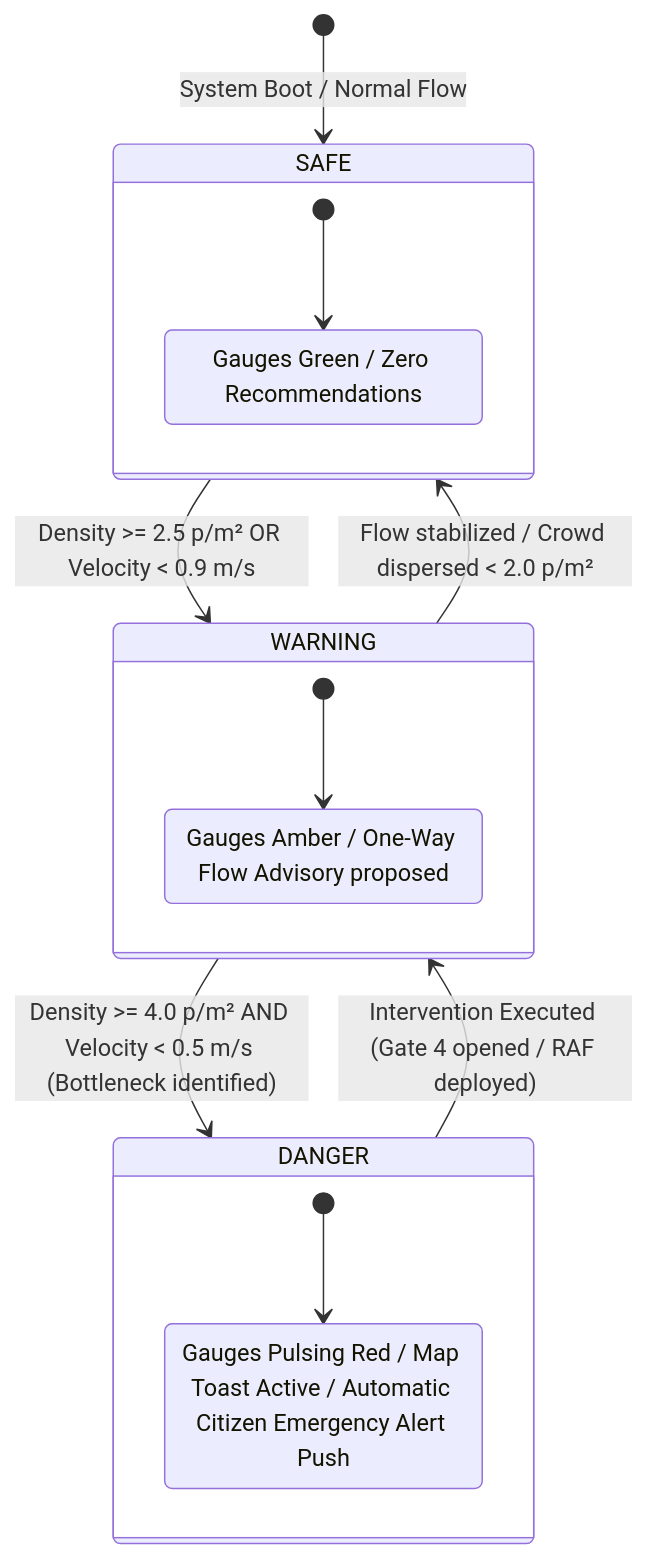
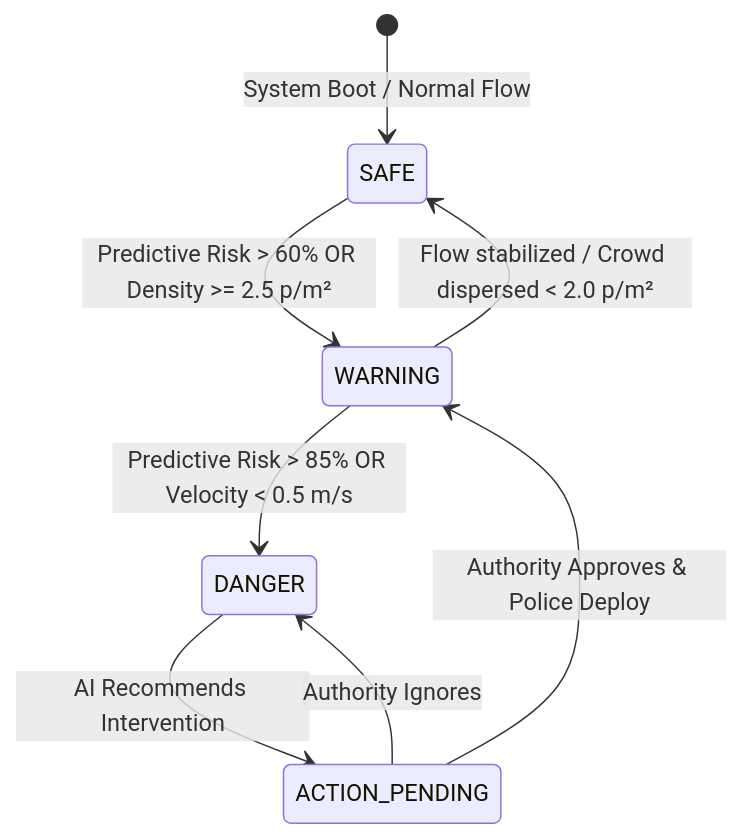
The third of 3 diagrams in docs/04_LLD.md (algorithnicmind/crowdcatchup), drawn with Mermaid before and after one commit. The commit also changed other lines of this file and 11 other files, not shown here.

First line of the commit message:
docs: Refactor architecture to monorepo PWA v2.0

````diff
--- a/docs/04_LLD.md
+++ b/docs/04_LLD.md
@@ -158,24 +147,13 @@
 ```mermaid
 stateDiagram-v2
     [*] --> SAFE: System Boot / Normal Flow
     
-    SAFE --> WARNING: Density >= 2.5 p/m² OR Velocity < 0.9 m/s
-    WARNING --> DANGER: Density >= 4.0 p/m² AND Velocity < 0.5 m/s (Bottleneck identified)
-    DANGER --> WARNING: Intervention Executed (Gate 4 opened / RAF deployed)
+    SAFE --> WARNING: Predictive Risk > 60% OR Density >= 2.5 p/m²
+    WARNING --> DANGER: Predictive Risk > 85% OR Velocity < 0.5 m/s
+    
+    DANGER --> ACTION_PENDING: AI Recommends Intervention
+    ACTION_PENDING --> DANGER: Authority Ignores
+    ACTION_PENDING --> WARNING: Authority Approves & Police Deploy
+    
     WARNING --> SAFE: Flow stabilized / Crowd dispersed < 2.0 p/m²
-
-    state SAFE {
-        [*] --> NominalTelemetry
-        NominalTelemetry: Gauges Green / Zero Recommendations
-    }
-
-    state WARNING {
-        [*] --> SurgeDetected
-        SurgeDetected: Gauges Amber / One-Way Flow Advisory proposed
-    }
-
-    state DANGER {
-        [*] --> CriticalStampedeRisk
-        CriticalStampedeRisk: Gauges Pulsing Red / Map Toast Active / Automatic Citizen Emergency Alert Push
-    }
 ```
````
